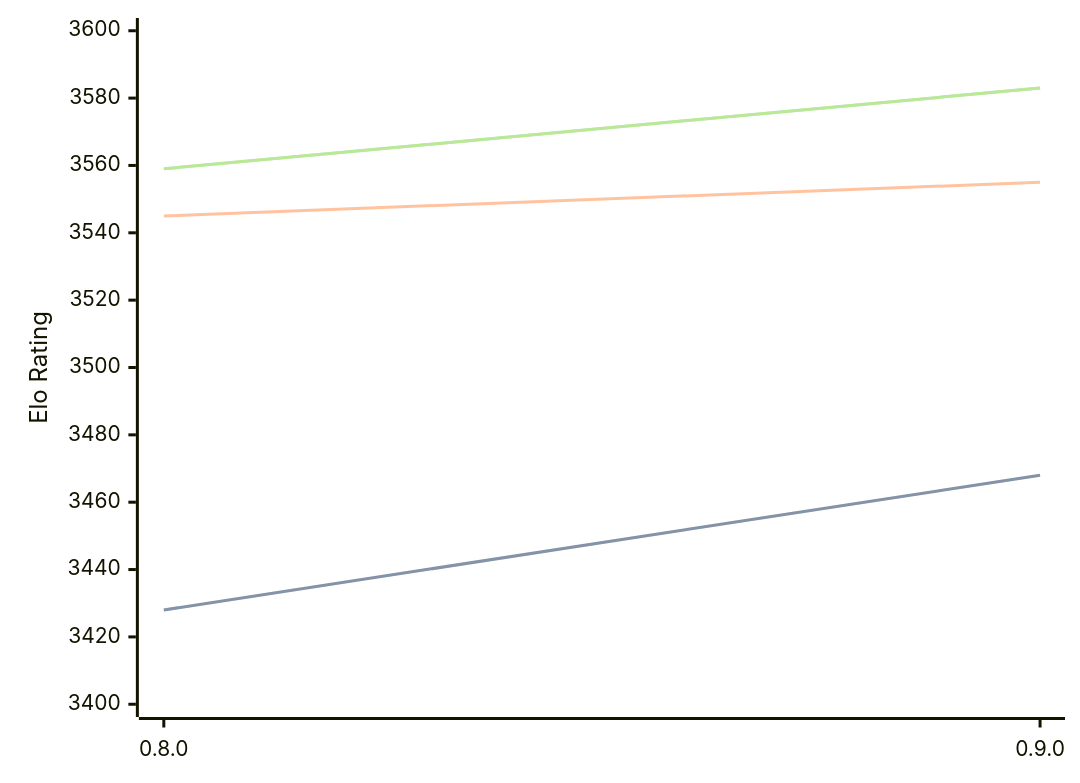
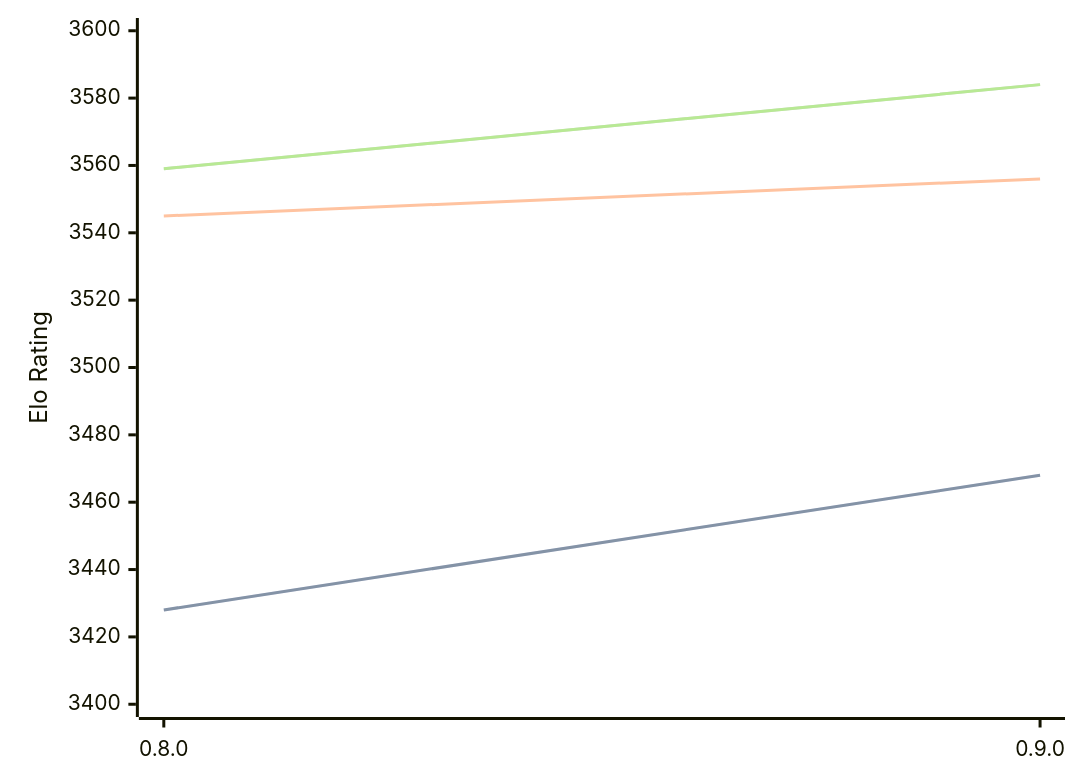
One commit to computer-chess-index/cci changed the diagram in engines/Reckless.md. Above: the diagram before and after it, drawn with Mermaid. The commit also changed other lines of this file, not shown here.

Commit message:
Update CCI Ratings (ELO VLTC) - 2026-05-21

````diff
--- a/engines/Reckless.md
+++ b/engines/Reckless.md
@@ -39,11 +39,11 @@
 ```mermaid
 %%{init: {"theme":"base","themeVariables":{"seriesColors:['#a3a3a3','#222221','#faa371']}}}%%
 xychart-beta
   x-axis ["0.8.0", "0.9.0"]
   y-axis "Elo Rating" 3400 --> 3600
   line "STC (8.0+0.08s)" [3428, 3468]
   line "STC (8.0+0.08s)" [3428, 3468]
-  line "LTC (60.0+0.60s)" [3545, 3555]
-  line "VLTC (2m24s+1.12s)" [3559, 3583]
-  line "VLTC (2m24s+1.12s)" [3559, 3583]
+  line "LTC (60.0+0.60s)" [3545, 3556]
+  line "VLTC (2m24s+1.12s)" [3559, 3584]
+  line "VLTC (2m24s+1.12s)" [3559, 3584]
 ```
````
